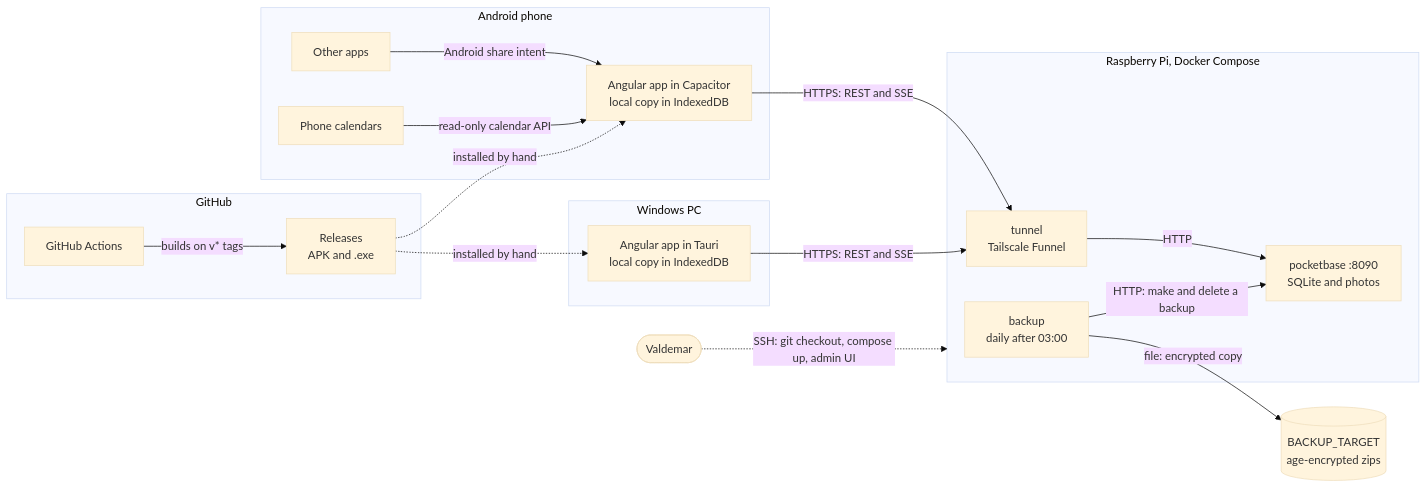
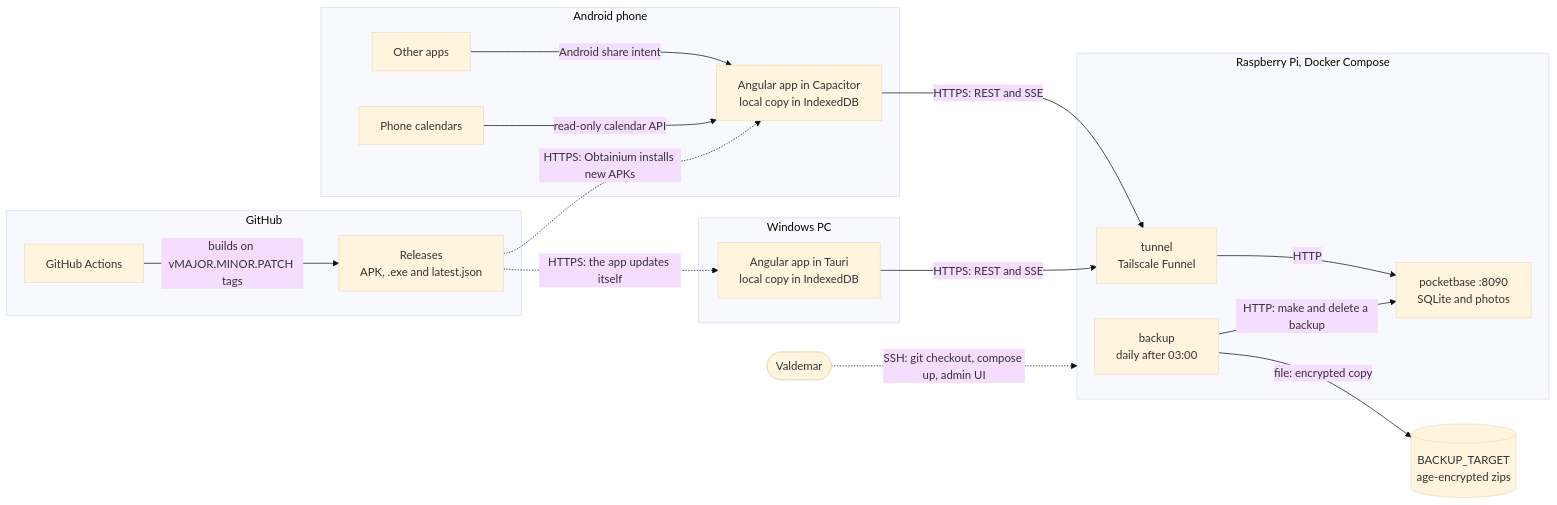
One commit to valde222/life_app changed the diagram in docs/diagrams/01-system-overview.md. Above: the diagram before and after it, drawn with Mermaid (base theme). The commit also changed other lines of this file and 11 other files, not shown here.

Commit message:
feat: the desktop app checks GitHub for a signed update on start and every six hours and installs it after asking

````diff
--- a/docs/diagrams/01-system-overview.md
+++ b/docs/diagrams/01-system-overview.md
@@ -5,34 +5,34 @@
 ```mermaid
 flowchart LR
   subgraph phone["Android phone"]
     apk["Angular app in Capacitor<br/>local copy in IndexedDB"]
     phonecal["Phone calendars"]
     others["Other apps"]
   end
   subgraph pc["Windows PC"]
     exe["Angular app in Tauri<br/>local copy in IndexedDB"]
   end
   subgraph pi["Raspberry Pi, Docker Compose"]
     tunnel["tunnel<br/>Tailscale Funnel"]
     pb["pocketbase :8090<br/>SQLite and photos"]
     backup["backup<br/>daily after 03:00"]
   end
   target[("BACKUP_TARGET<br/>age-encrypted zips")]
   subgraph github["GitHub"]
     actions["GitHub Actions"]
-    release["Releases<br/>APK and .exe"]
+    release["Releases<br/>APK, .exe and latest.json"]
   end
   you(["Valdemar"])
 
   others -- "Android share intent" --> apk
   phonecal -- "read-only calendar API" --> apk
   apk -- "HTTPS: REST and SSE" --> tunnel
   exe -- "HTTPS: REST and SSE" --> tunnel
   tunnel -- "HTTP" --> pb
   backup -- "HTTP: make and delete a backup" --> pb
   backup -- "file: encrypted copy" --> target
-  actions -- "builds on v* tags" --> release
-  release -. "installed by hand" .-> apk
-  release -. "installed by hand" .-> exe
+  actions -- "builds on vMAJOR.MINOR.PATCH tags" --> release
+  release -. "HTTPS: Obtainium installs new APKs" .-> apk
+  release -. "HTTPS: the app updates itself" .-> exe
   you -. "SSH: git checkout, compose up, admin UI" .-> pi
 ```
````
